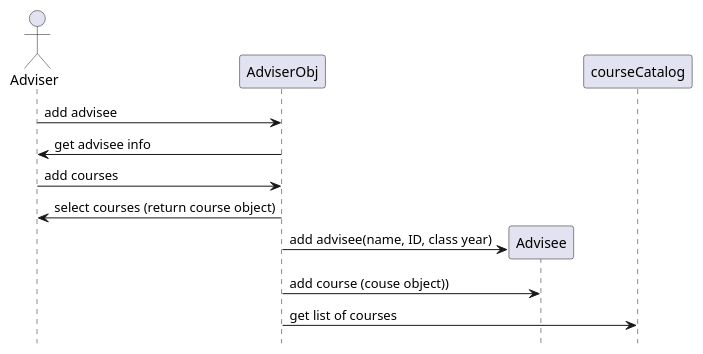
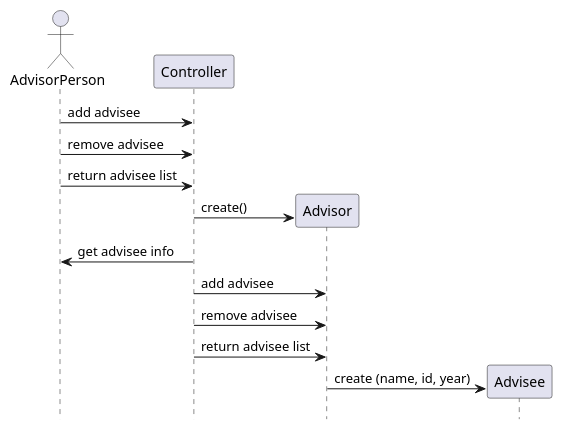
The diagram in Doc/adviser-sequence-diagram.puml (Jofosu/professor-student-advising-app), drawn with PlantUML before and after one commit. The commit also changed 1 other file, not shown here.

Commit message:
Updated adviser-sequence-diagram.puml and created chair-sequence-diagram.puml

```diff
--- a/Doc/adviser-sequence-diagram.puml
+++ b/Doc/adviser-sequence-diagram.puml
@@ -1,20 +1,20 @@
 @startuml
 'https://plantuml.com/sequence-diagram
 hide footbox
-actor Adviser as Adviser
-participant AdviserObj as AdviserObj
+actor AdvisorPerson as AdvisorPerson
+participant Controller as Controller
+participant Advisor as Advisor
 participant Advisee as Advisee
-participant courseCatalog as courseCatalog
 
-
-Adviser -> AdviserObj: add advisee
-AdviserObj-> Adviser: get advisee info
-Adviser -> AdviserObj: add courses
-AdviserObj-> Adviser: select courses (return course object)
-
-AdviserObj -> Advisee **: add advisee(name, ID, class year)
-AdviserObj-> Advisee: add course (couse object))
-AdviserObj-> courseCatalog: get list of courses
+AdvisorPerson -> Controller: add advisee
+AdvisorPerson -> Controller: remove advisee
+AdvisorPerson -> Controller: return advisee list
+Controller -> Advisor **: create()
+Controller -> AdvisorPerson: get advisee info
+Controller -> Advisor: add advisee
+Controller -> Advisor: remove advisee
+Controller -> Advisor: return advisee list
+Advisor -> Advisee **: create (name, id, year)
 
 
 @enduml
```
